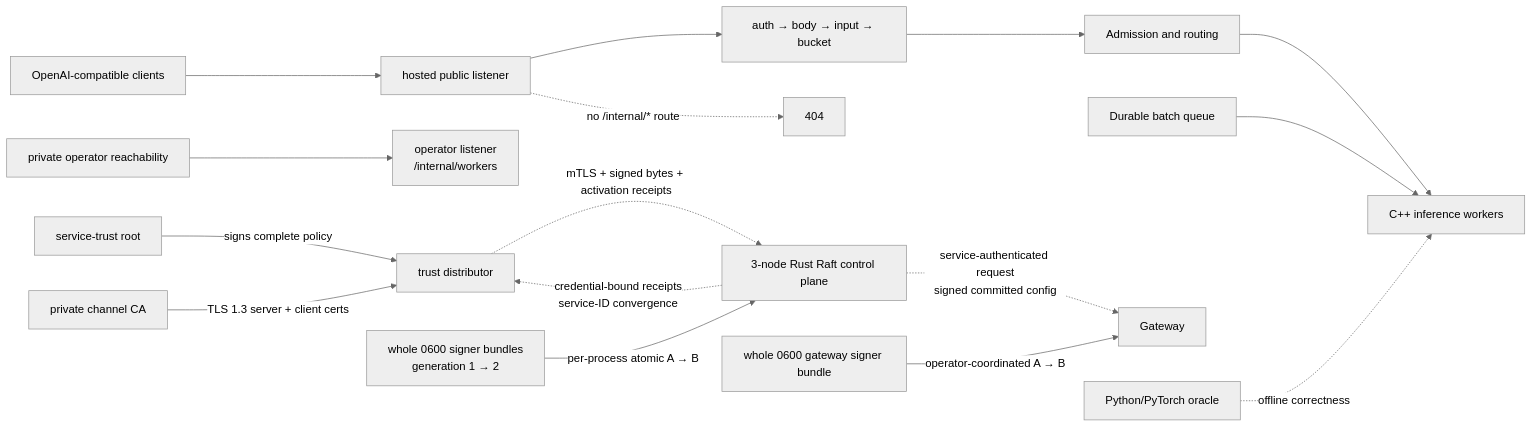
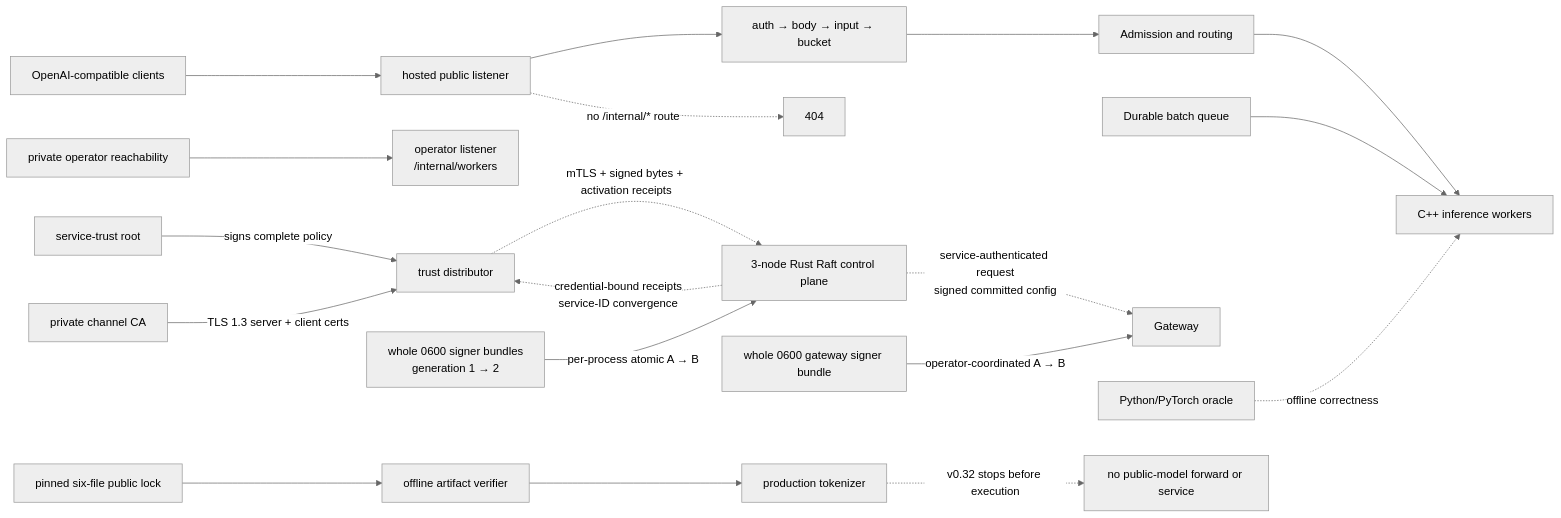
One commit to conan505/inferLab changed the diagram in docs/PRD.md. Above: the diagram before and after it, drawn with Mermaid (neutral theme). The commit also changed other lines of this file and 21 other files, not shown here.

````diff
--- a/docs/PRD.md
+++ b/docs/PRD.md
@@ -762,18 +815,21 @@
 ```mermaid
 flowchart LR
     Client["OpenAI-compatible clients"] --> Public["hosted public listener"]
     Public --> Gate["auth → body → input → bucket"]
     Public -. "no /internal/* route" .-> Hidden["404"]
     Gate --> Admission["Admission and routing"]
     Admission --> Workers["C++ inference workers"]
     Operator["private operator reachability"] --> OperatorListener["operator listener<br/>/internal/workers"]
     Batch["Durable batch queue"] --> Workers
     Root["service-trust root"] -->|"signs complete policy"| Distributor["trust distributor"]
     CA["private channel CA"] -->|"TLS 1.3 server + client certs"| Distributor
     Distributor -. "mTLS + signed bytes + activation receipts" .-> Control
     Control["3-node Rust Raft control plane"] -. "service-authenticated request<br/>signed committed config" .-> Gateway
     ControlBundles["whole 0600 signer bundles<br/>generation 1 → 2"] -->|"per-process atomic A → B"| Control
     GatewayBundle["whole 0600 gateway signer bundle"] -->|"operator-coordinated A → B"| Gateway
     Control -. "credential-bound receipts<br/>service-ID convergence" .-> Distributor
     Ref["Python/PyTorch oracle"] -. "offline correctness" .-> Workers
+    Lock["pinned six-file public lock"] --> Artifacts["offline artifact verifier"]
+    Artifacts --> Tokenizer["production tokenizer"]
+    Tokenizer -. "v0.32 stops before execution" .-> PublicStop["no public-model forward or service"]
 ```
````
